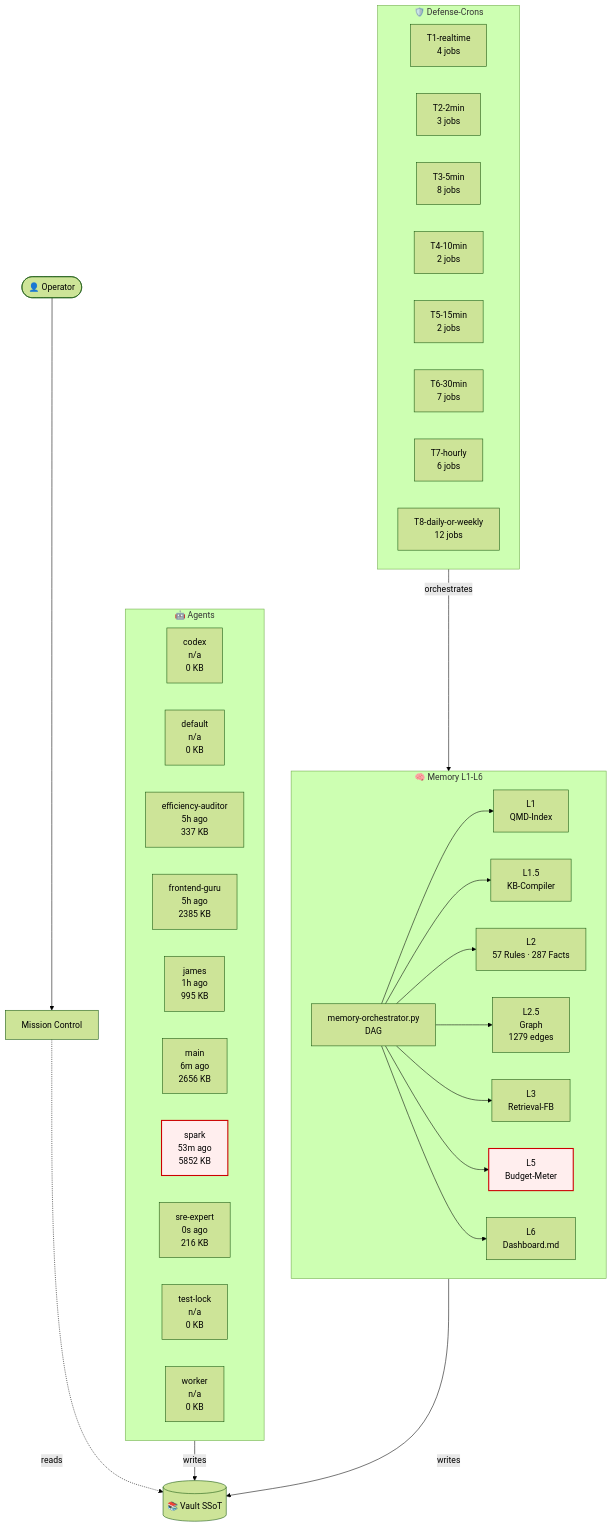
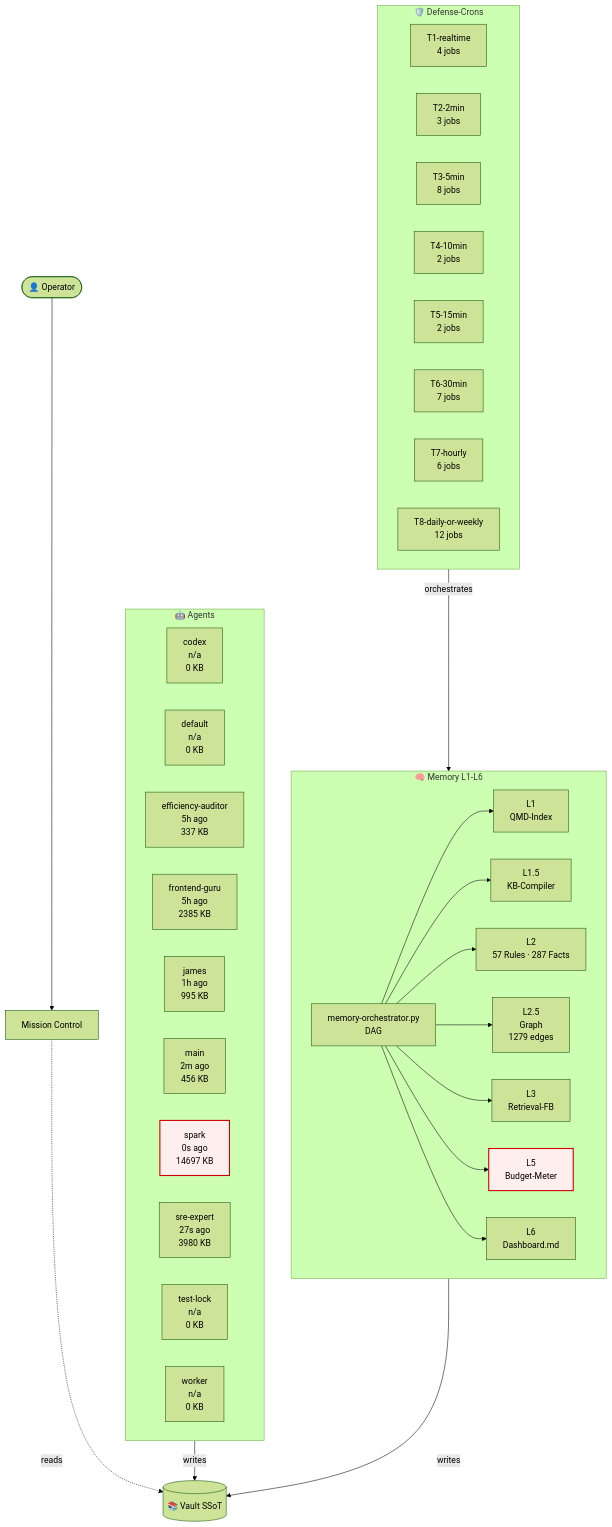
The diagram in 03-Agents/architecture-live.md (lenardhuebner88-rgb/openclaw-memory), drawn with Mermaid (forest theme) before and after one commit. The commit also changed other lines of this file and 19 other files, not shown here.

````diff
--- a/03-Agents/architecture-live.md
+++ b/03-Agents/architecture-live.md
@@ -18,53 +18,53 @@
 ```mermaid
 flowchart TB
     classDef critical fill:#fee,stroke:#c00,stroke-width:2px;
     subgraph AGT["🤖 Agents"]
         agent_codex["codex<br/>n/a<br/>0 KB"]
         agent_default["default<br/>n/a<br/>0 KB"]
         agent_efficiency_auditor["efficiency-auditor<br/>5h ago<br/>337 KB"]
         agent_frontend_guru["frontend-guru<br/>5h ago<br/>2385 KB"]
         agent_james["james<br/>1h ago<br/>995 KB"]
-        agent_main["main<br/>6m ago<br/>2656 KB"]
-        agent_spark["spark<br/>53m ago<br/>5852 KB"]
-        agent_sre_expert["sre-expert<br/>0s ago<br/>216 KB"]
+        agent_main["main<br/>2m ago<br/>456 KB"]
+        agent_spark["spark<br/>0s ago<br/>14697 KB"]
+        agent_sre_expert["sre-expert<br/>27s ago<br/>3980 KB"]
         agent_test_lock["test-lock<br/>n/a<br/>0 KB"]
         agent_worker["worker<br/>n/a<br/>0 KB"]
     end
     subgraph MEM["🧠 Memory L1-L6"]
         L1["L1<br/>QMD-Index"]
         L15["L1.5<br/>KB-Compiler"]
         L2["L2<br/>57 Rules · 287 Facts"]
         L25["L2.5<br/>Graph<br/>1279 edges"]
         L3["L3<br/>Retrieval-FB"]
         L5["L5<br/>Budget-Meter"]
         L6["L6<br/>Dashboard.md"]
         ORCH["memory-orchestrator.py<br/>DAG"]
     end
     subgraph CRN["🛡️ Defense-Crons"]
         tier_T1_realtime["T1-realtime<br/>4 jobs"]
         tier_T2_2min["T2-2min<br/>3 jobs"]
         tier_T3_5min["T3-5min<br/>8 jobs"]
         tier_T4_10min["T4-10min<br/>2 jobs"]
         tier_T5_15min["T5-15min<br/>2 jobs"]
         tier_T6_30min["T6-30min<br/>7 jobs"]
         tier_T7_hourly["T7-hourly<br/>6 jobs"]
         tier_T8_daily_or_weekly["T8-daily-or-weekly<br/>12 jobs"]
     end
     VAULT[("📚 Vault SSoT")]
     OP([👤 Operator])
     MC["Mission Control"]
     OP --> MC
     MC -.reads.-> VAULT
     AGT -->|writes| VAULT
     MEM -->|writes| VAULT
     ORCH --> L1
     ORCH --> L15
     ORCH --> L2
     ORCH --> L25
     ORCH --> L3
     ORCH --> L5
     ORCH --> L6
     CRN -->|orchestrates| MEM
     class L5 critical
     class agent_spark critical
 ```
````
